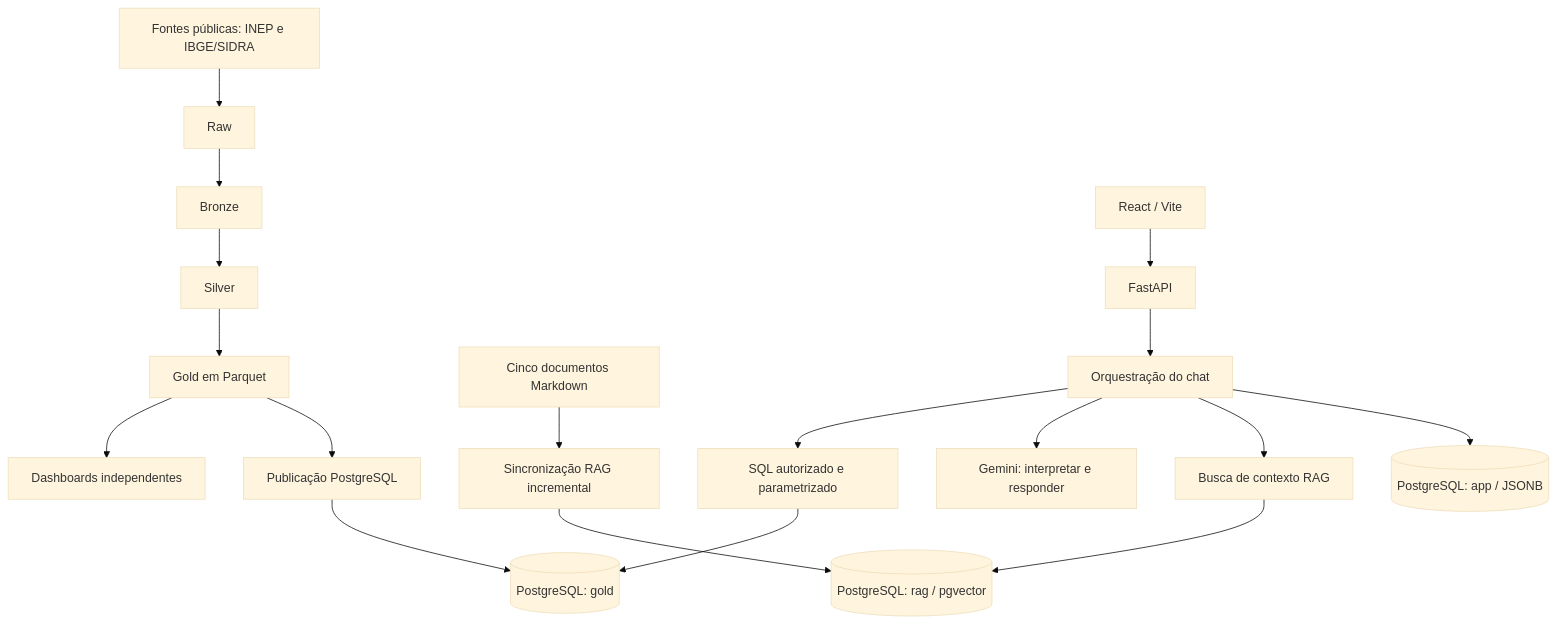
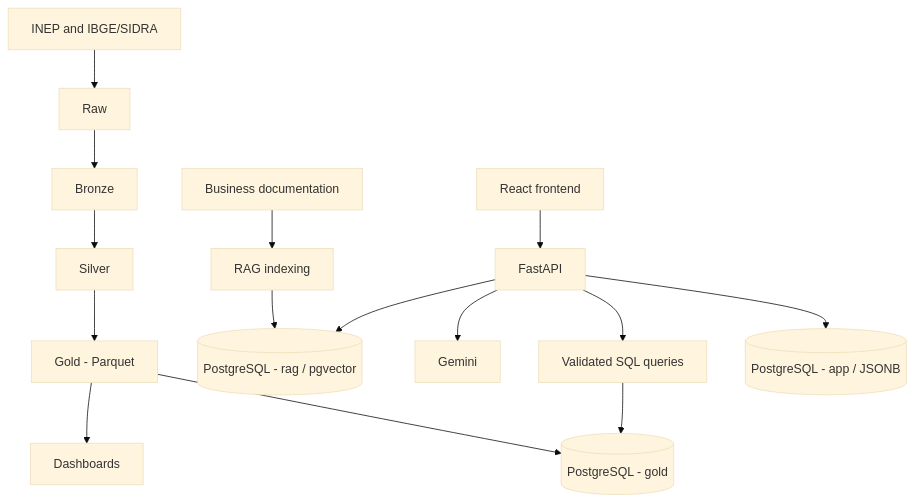
Before and after one commit to renanmrbraga/ei_databot: the diagram in README.md, drawn with Mermaid (base theme). The commit also changed other lines of this file and 8 other files, not shown here.

````diff
--- a/README.md
+++ b/README.md
@@ -29,23 +54,20 @@
 ```mermaid
 flowchart TD
-    SOURCES[Fontes públicas: INEP e IBGE/SIDRA] --> RAW[Raw]
-    RAW --> BRONZE[Bronze]
-    BRONZE --> SILVER[Silver]
-    SILVER --> GOLD[Gold em Parquet]
+    A[INEP and IBGE/SIDRA] --> B[Raw]
+    B --> C[Bronze]
+    C --> D[Silver]
+    D --> E[Gold - Parquet]
 
-    GOLD --> SYNC[Publicação PostgreSQL]
-    SYNC --> PG[(PostgreSQL: gold)]
-    GOLD --> DASH[Dashboards independentes]
+    E --> F[Dashboards]
+    E --> G[(PostgreSQL - gold)]
 
-    DOCS[Cinco documentos Markdown] --> ING[Sincronização RAG incremental]
-    ING --> VEC[(PostgreSQL: rag / pgvector)]
+    H[Business documentation] --> I[RAG indexing]
+    I --> J[(PostgreSQL - rag / pgvector)]
 
-    UI[React / Vite] --> API[FastAPI]
-    API --> CHAT[Orquestração do chat]
-    CHAT --> HIST[(PostgreSQL: app / JSONB)]
-    CHAT --> RET[Busca de contexto RAG]
-    RET --> VEC
-    CHAT --> LLM[Gemini: interpretar e responder]
-    CHAT --> SQL[SQL autorizado e parametrizado]
-    SQL --> PG
+    K[React frontend] --> L[FastAPI]
+    L --> M[Gemini]
+    L --> N[Validated SQL queries]
+    N --> G
+    L --> J
+    L --> O[(PostgreSQL - app / JSONB)]
 ```
````
